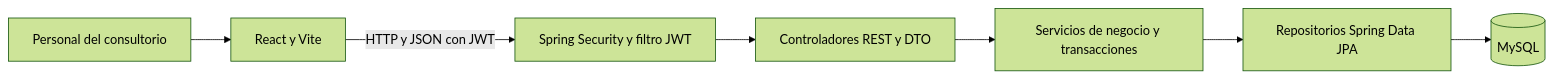
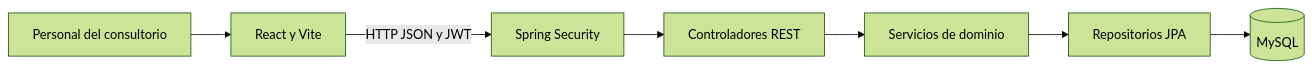
One commit to Brisaheredia/agenda-medica changed the first of 2 diagrams in docs/arquitectura.md. Above: the diagram before and after it, drawn with Mermaid (forest theme). The commit also changed other lines of this file and 26 other files, not shown here.

````diff
--- a/docs/arquitectura.md
+++ b/docs/arquitectura.md
@@ -7,9 +7,9 @@
 ```mermaid
 flowchart LR
-    operador["Personal del consultorio"] --> frontend["React y Vite"]
-    frontend -->|"HTTP y JSON con JWT"| seguridad["Spring Security y filtro JWT"]
-    seguridad --> controladores["Controladores REST y DTO"]
-    controladores --> servicios["Servicios de negocio y transacciones"]
-    servicios --> repositorios["Repositorios Spring Data JPA"]
-    repositorios --> mysql[("MySQL")]
+    A[Personal del consultorio] --> B[React y Vite]
+    B -->|HTTP JSON y JWT| C[Spring Security]
+    C --> D[Controladores REST]
+    D --> E[Servicios de dominio]
+    E --> F[Repositorios JPA]
+    F --> G[(MySQL)]
 ```
````
